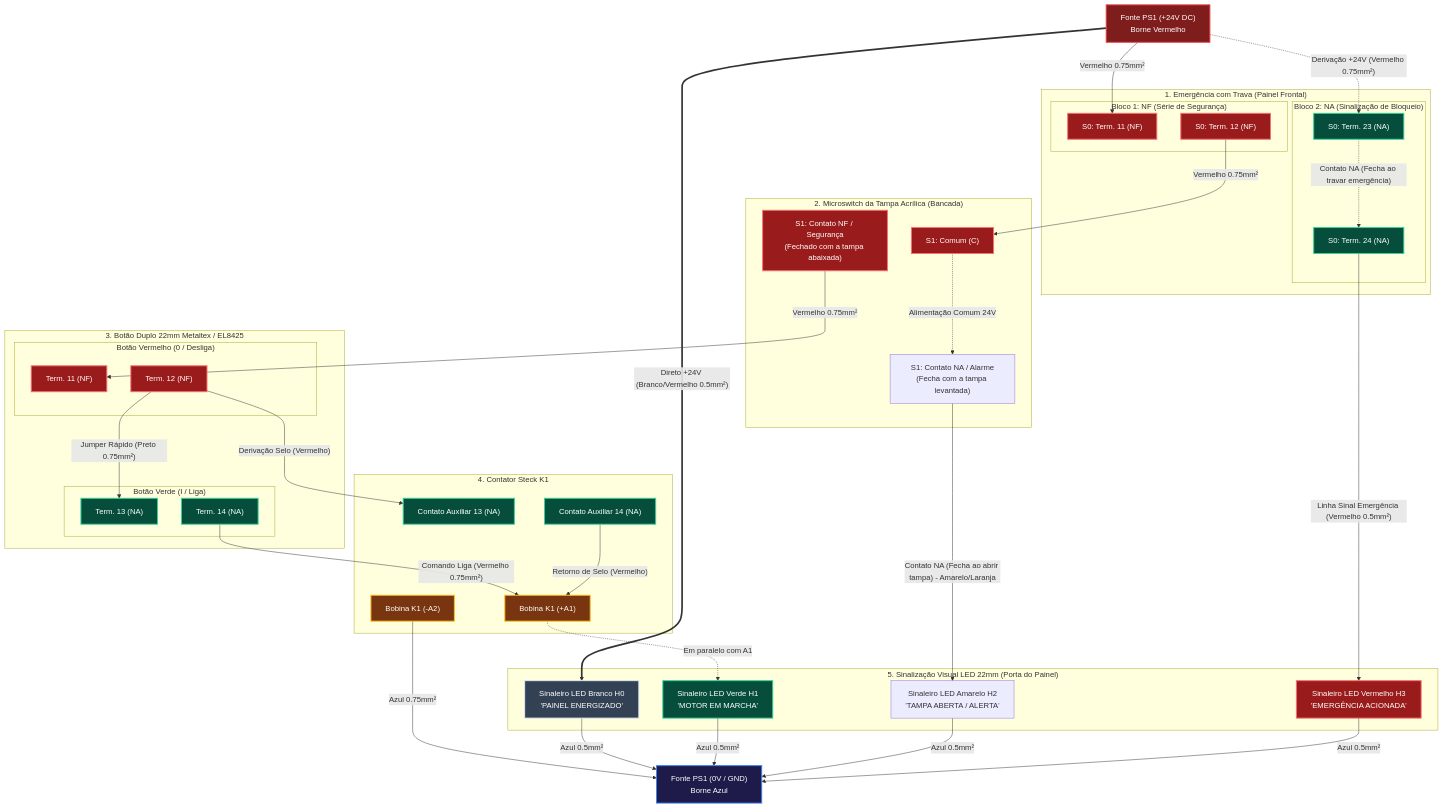
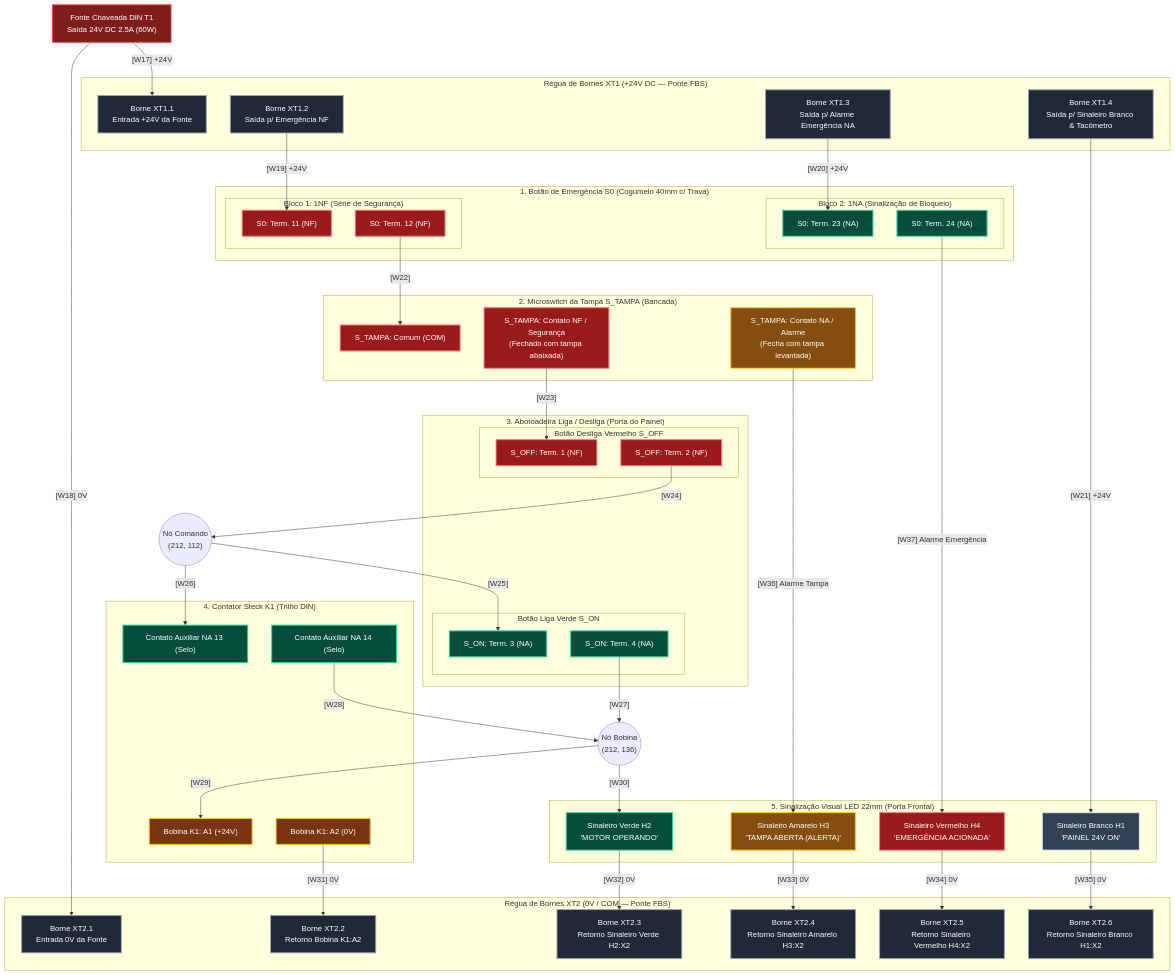
The fourth of 5 diagrams in docs/iot/DIAGRAMAS_ELETRICOS_UNIFILAR_MULTIFILAR.md (Andre-Macedo/amemiya), drawn with Mermaid before and after one commit. The commit also changed other lines of this file and 7 other files, not shown here.

````diff
--- a/docs/iot/DIAGRAMAS_ELETRICOS_UNIFILAR_MULTIFILAR.md
+++ b/docs/iot/DIAGRAMAS_ELETRICOS_UNIFILAR_MULTIFILAR.md
@@ -153,88 +157,101 @@
     classDef button fill:#064e3b,stroke:#34d399,stroke-width:2px,color:#fff;
     classDef coil fill:#78350f,stroke:#fbbf24,stroke-width:2px,color:#fff;
     classDef white fill:#334155,stroke:#e2e8f0,stroke-width:2px,color:#fff;
+    classDef yellow fill:#854d0e,stroke:#facc15,stroke-width:2px,color:#fff;
+    classDef terminal fill:#1f2937,stroke:#9ca3af,stroke-width:2px,color:#fff;
 
-    FONTE_POS["Fonte PS1 (+24V DC)<br/>Borne Vermelho"]:::dc_pos
-    FONTE_NEG["Fonte PS1 (0V / GND)<br/>Borne Azul"]:::dc_neg
+    FONTE_T1["Fonte Chaveada DIN T1<br/>Saída 24V DC 2.5A (60W)"]:::dc_pos
 
-    subgraph SEGURANCA_EMERGENCIA["1. Emergência com Trava (Painel Frontal)"]
-        subgraph BLOCO_EMERG_NF["Bloco 1: NF (Série de Segurança)"]
+    subgraph REGUA_XT1["Régua de Bornes XT1 (+24V DC — Ponte FBS)"]
+        XT1_1["Borne XT1.1<br/>Entrada +24V da Fonte"]:::terminal
+        XT1_2["Borne XT1.2<br/>Saída p/ Emergência NF"]:::terminal
+        XT1_3["Borne XT1.3<br/>Saída p/ Alarme Emergência NA"]:::terminal
+        XT1_4["Borne XT1.4<br/>Saída p/ Sinaleiro Branco & Tacômetro"]:::terminal
+    end
+
+    subgraph REGUA_XT2["Régua de Bornes XT2 (0V / COM — Ponte FBS)"]
+        XT2_1["Borne XT2.1<br/>Entrada 0V da Fonte"]:::terminal
+        XT2_2["Borne XT2.2<br/>Retorno Bobina K1:A2"]:::terminal
+        XT2_3["Borne XT2.3<br/>Retorno Sinaleiro Verde H2:X2"]:::terminal
+        XT2_4["Borne XT2.4<br/>Retorno Sinaleiro Amarelo H3:X2"]:::terminal
+        XT2_5["Borne XT2.5<br/>Retorno Sinaleiro Vermelho H4:X2"]:::terminal
+        XT2_6["Borne XT2.6<br/>Retorno Sinaleiro Branco H1:X2"]:::terminal
+    end
+
+    subgraph SEGURANCA_EMERGENCIA["1. Botão de Emergência S0 (Cogumelo 40mm c/ Trava)"]
+        subgraph BLOCO_EMERG_NF["Bloco 1: 1NF (Série de Segurança)"]
             S0_11["S0: Term. 11 (NF)"]:::safe
             S0_12["S0: Term. 12 (NF)"]:::safe
         end
-        subgraph BLOCO_EMERG_NA["Bloco 2: NA (Sinalização de Bloqueio)"]
+        subgraph BLOCO_EMERG_NA["Bloco 2: 1NA (Sinalização de Bloqueio)"]
             S0_23["S0: Term. 23 (NA)"]:::button
             S0_24["S0: Term. 24 (NA)"]:::button
         end
     end
 
-    subgraph SEGURANCA_TAMPA["2. Microswitch da Tampa Acrílica (Bancada)"]
-        S1_C["S1: Comum (C)"]:::safe
-        S1_NC["S1: Contato NF / Segurança<br/>(Fechado com a tampa abaixada)"]:::safe
-        S1_NO["S1: Contato NA / Alarme<br/>(Fecha com a tampa levantada)"]:::ctrl
+    subgraph SEGURANCA_TAMPA["2. Microswitch da Tampa S_TAMPA (Bancada)"]
+        ST_COM["S_TAMPA: Comum (COM)"]:::safe
+        ST_NC["S_TAMPA: Contato NF / Segurança<br/>(Fechado com tampa abaixada)"]:::safe
+        ST_NO["S_TAMPA: Contato NA / Alarme<br/>(Fecha com tampa levantada)"]:::yellow
     end
 
-    subgraph BOTAO_DUPLO_22MM["3. Botão Duplo 22mm Metaltex / EL8425"]
-        subgraph SECAO_DESLIGA["Botão Vermelho (0 / Desliga)"]
-            S2_11["Term. 11 (NF)"]:::safe
-            S2_12["Term. 12 (NF)"]:::safe
+    subgraph BOTOES_COMANDO["3. Abotoadeira Liga / Desliga (Porta do Painel)"]
+        subgraph SECAO_DESLIGA["Botão Desliga Vermelho S_OFF"]
+            SOFF_1["S_OFF: Term. 1 (NF)"]:::safe
+            SOFF_2["S_OFF: Term. 2 (NF)"]:::safe
         end
-        subgraph SECAO_LIGA["Botão Verde (I / Liga)"]
-            S2_13["Term. 13 (NA)"]:::button
-            S2_14["Term. 14 (NA)"]:::button
+        subgraph SECAO_LIGA["Botão Liga Verde S_ON"]
+            SON_3["S_ON: Term. 3 (NA)"]:::button
+            SON_4["S_ON: Term. 4 (NA)"]:::button
         end
     end
 
-    subgraph CONTATOR_SELO_BOBINA["4. Contator Steck K1"]
-        K1_13["Contato Auxiliar 13 (NA)"]:::button
-        K1_14["Contato Auxiliar 14 (NA)"]:::button
-        K1_A1["Bobina K1 (+A1)"]:::coil
-        K1_A2["Bobina K1 (-A2)"]:::coil
+    subgraph CONTATOR_K1["4. Contator Steck K1 (Trilho DIN)"]
+        K1_13["Contato Auxiliar NA 13 (Selo)"]:::button
+        K1_14["Contato Auxiliar NA 14 (Selo)"]:::button
+        K1_A1["Bobina K1: A1 (+24V)"]:::coil
+        K1_A2["Bobina K1: A2 (0V)"]:::coil
     end
 
-    subgraph SINALIZACAO["5. Sinalização Visual LED 22mm (Porta do Painel)"]
-        H0_LED["Sinaleiro LED Branco H0<br/>'PAINEL ENERGIZADO'"]:::white
-        H1_LED["Sinaleiro LED Verde H1<br/>'MOTOR EM MARCHA'"]:::button
-        H2_LED["Sinaleiro LED Amarelo H2<br/>'TAMPA ABERTA / ALERTA'"]:::ctrl
-        H3_LED["Sinaleiro LED Vermelho H3<br/>'EMERGÊNCIA ACIONADA'"]:::safe
+    subgraph SINALIZACAO_PAINEL["5. Sinalização Visual LED 22mm (Porta Frontal)"]
+        H1_LED["Sinaleiro Branco H1<br/>'PAINEL 24V ON'"]:::white
+        H2_LED["Sinaleiro Verde H2<br/>'MOTOR OPERANDO'"]:::button
+        H3_LED["Sinaleiro Amarelo H3<br/>'TAMPA ABERTA (ALERTA)'"]:::yellow
+        H4_LED["Sinaleiro Vermelho H4<br/>'EMERGÊNCIA ACIONADA'"]:::safe
     end
 
-    %% Fiação do Circuito de Segurança em Série
-    FONTE_POS -->|"Vermelho 0.75mm²"| S0_11
-    S0_12 -->|"Vermelho 0.75mm²"| S1_C
-    S1_NC -->|"Vermelho 0.75mm²"| S2_11
+    %% Alimentação Fonte -> Bornes de Distribuição
+    FONTE_T1 -->|"[W17] +24V"| XT1_1
+    FONTE_T1 -->|"[W18] 0V"| XT2_1
 
-    %% Jumper no Bloco do Botão Duplo (12 NF -> 13 NA)
-    S2_12 -->|"Jumper Rápido (Preto 0.75mm²)"| S2_13
+    %% Distribuição XT1 (+24V)
+    XT1_2 -->|"[W19] +24V"| S0_11
+    XT1_3 -->|"[W20] +24V"| S0_23
+    XT1_4 -->|"[W21] +24V"| H1_LED
 
-    %% Paralelo do Selo: 13 do botão -> 13 do contator
-    S2_12 -->|"Derivação Selo (Vermelho)"| K1_13
+    %% Cadeia de Segurança em Série (NR-12)
+    S0_12 -->|"[W22]"| ST_COM
+    ST_NC -->|"[W23]"| SOFF_1
+    SOFF_2 -->|"[W24]"| NO_CMD(("Nó Comando<br/>(212, 112)"))
 
-    %% Saída do Pulso Liga: 14 do botão -> Bobina A1
-    S2_14 -->|"Comando Liga (Vermelho 0.75mm²)"| K1_A1
-    
-    %% Retenção: 14 do contator -> Bobina A1
-    K1_14 -->|"Retorno de Selo (Vermelho)"| K1_A1
+    %% Ramo Liga / Selo em Paralelo
+    NO_CMD -->|"[W25]"| SON_3
+    NO_CMD -->|"[W26]"| K1_13
+    SON_4 -->|"[W27]"| NO_COIL(("Nó Bobina<br/>(212, 136)"))
+    K1_14 -->|"[W28]"| NO_COIL
 
-    %% Fechamento do Neutro DC (0V)
-    K1_A2 -->|"Azul 0.75mm²"| FONTE_NEG
+    %% Acionamento da Bobina e Sinaleiro Verde (Paralelo)
+    NO_COIL -->|"[W29]"| K1_A1
+    NO_COIL -->|"[W30]"| H2_LED
 
-    %% Lógica do Sinaleiro Branco H0 (Painel Energizado / 24V OK)
-    FONTE_POS ==>|"Direto +24V (Branco/Vermelho 0.5mm²)"| H0_LED
-    H0_LED -->|"Azul 0.5mm²"| FONTE_NEG
+    %% Alarmes de Segurança
+    ST_NO -->|"[W36] Alarme Tampa"| H3_LED
+    S0_24 -->|"[W37] Alarme Emergência"| H4_LED
 
-    %% Lógica do Sinaleiro Verde H1 (Motor Ligado)
-    K1_A1 -.->|"Em paralelo com A1"| H1_LED
-    H1_LED -->|"Azul 0.5mm²"| FONTE_NEG
-
-    %% Lógica do Sinaleiro Amarelo H2 (Tampa Aberta / Alerta)
-    S1_C -.->|"Alimentação Comum 24V"| S1_NO
-    S1_NO -->|"Contato NA (Fecha ao abrir tampa) - Amarelo/Laranja"| H2_LED
-    H2_LED -->|"Azul 0.5mm²"| FONTE_NEG
-
-    %% Lógica do Sinaleiro Vermelho H3 (Emergência Acionada / Perigo)
-    FONTE_POS -.->|"Derivação +24V (Vermelho 0.75mm²)"| S0_23
-    S0_23 -.->|"Contato NA (Fecha ao travar emergência)"| S0_24
-    S0_24 -->|"Linha Sinal Emergência (Vermelho 0.5mm²)"| H3_LED
-    H3_LED -->|"Azul 0.5mm²"| FONTE_NEG
+    %% Retornos de 0V para a Régua XT2
+    K1_A2 -->|"[W31] 0V"| XT2_2
+    H2_LED -->|"[W32] 0V"| XT2_3
+    H3_LED -->|"[W33] 0V"| XT2_4
+    H4_LED -->|"[W34] 0V"| XT2_5
+    H1_LED -->|"[W35] 0V"| XT2_6
 ```
````
